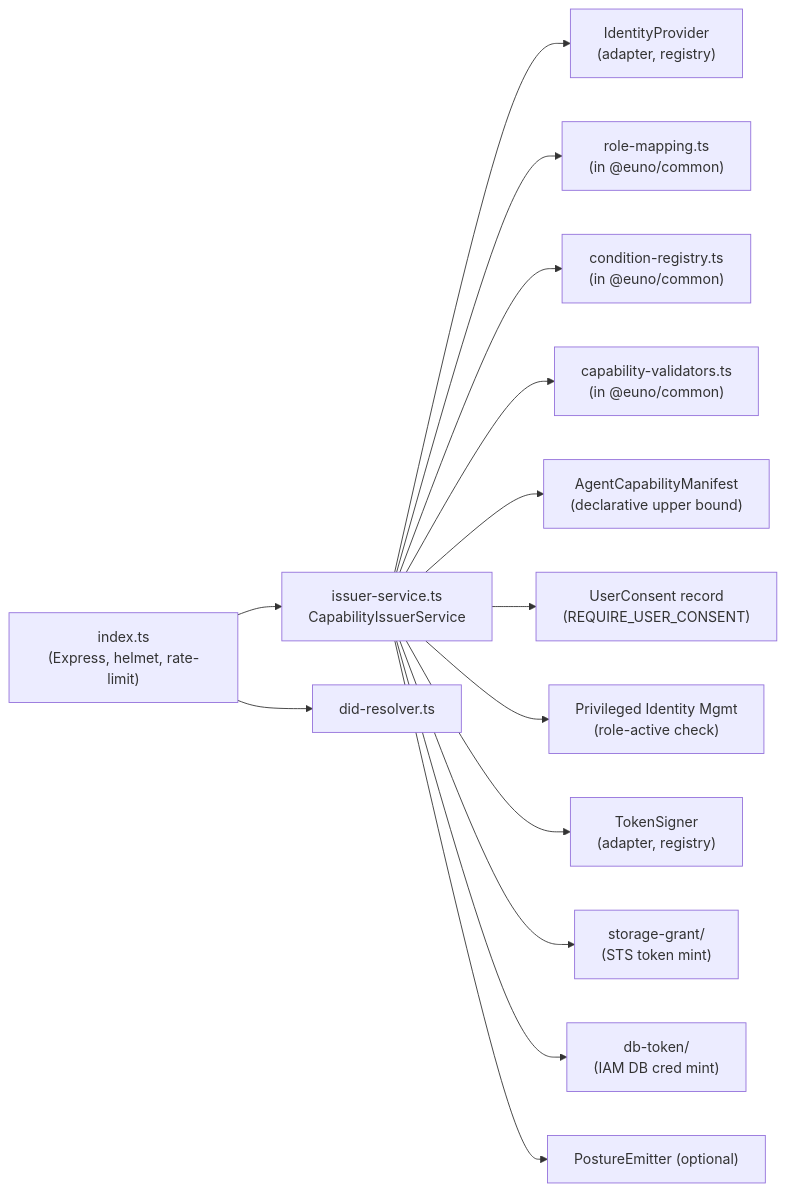
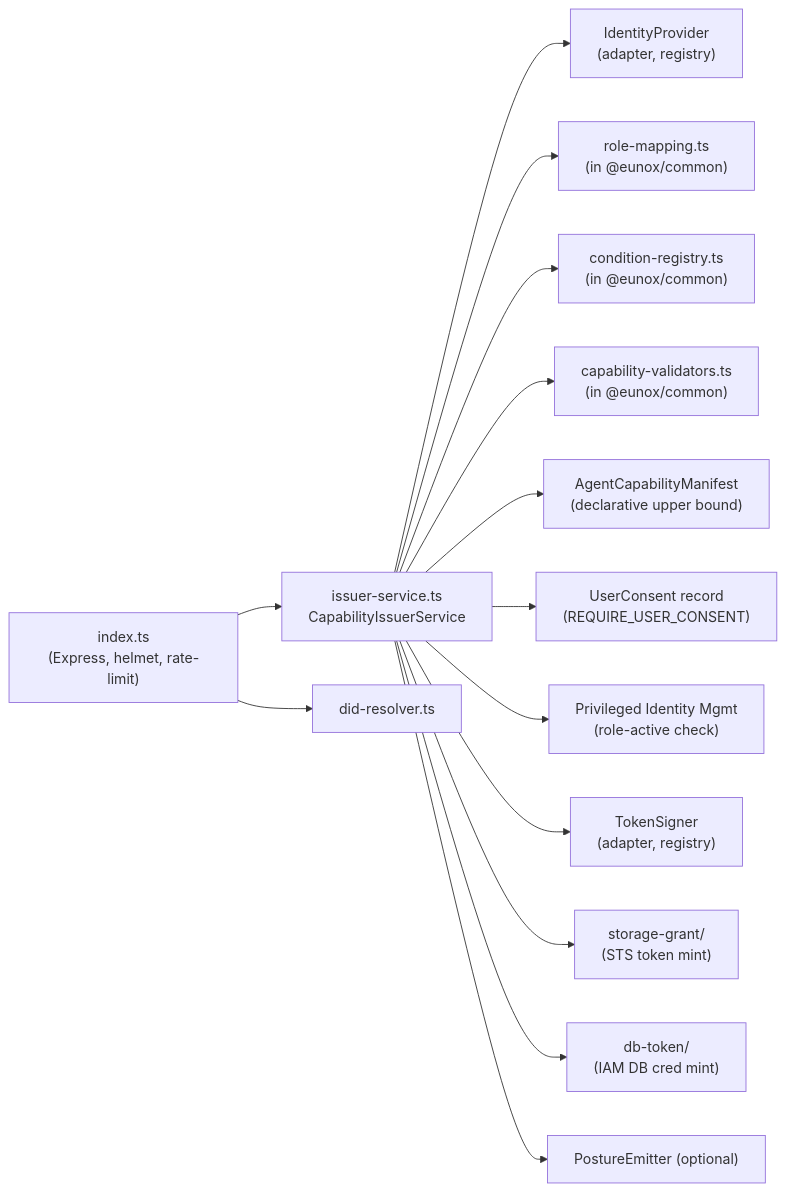
Before and after one commit to eunolabs/eunox: the third of 14 diagrams in docs/ARCHITECTURE.md, drawn with Mermaid. The commit also changed other lines of this file and 49 other files, not shown here.

Commit message:
rename euno to eunox in docs

````diff
--- a/docs/ARCHITECTURE.md
+++ b/docs/ARCHITECTURE.md
@@ -168,31 +168,31 @@
 ```mermaid
 flowchart LR
     HTTP["index.ts<br/>(Express, helmet, rate-limit)"]
     Service["issuer-service.ts<br/>CapabilityIssuerService"]
-    PolicyMap["role-mapping.ts<br/>(in @euno/common)"]
-    CondReg["condition-registry.ts<br/>(in @euno/common)"]
-    Validators["capability-validators.ts<br/>(in @euno/common)"]
+    PolicyMap["role-mapping.ts<br/>(in @eunox/common)"]
+    CondReg["condition-registry.ts<br/>(in @eunox/common)"]
+    Validators["capability-validators.ts<br/>(in @eunox/common)"]
     Manifests["AgentCapabilityManifest<br/>(declarative upper bound)"]
     Consent["UserConsent record<br/>(REQUIRE_USER_CONSENT)"]
     PIM["Privileged Identity Mgmt<br/>(role-active check)"]
     IDP["IdentityProvider<br/>(adapter, registry)"]
     SIGN["TokenSigner<br/>(adapter, registry)"]
     DID["did-resolver.ts"]
     SG["storage-grant/<br/>(STS token mint)"]
     DBT["db-token/<br/>(IAM DB cred mint)"]
     POST["PostureEmitter (optional)"]
 
     HTTP --> Service
     Service --> IDP
     Service --> PolicyMap
     Service --> CondReg
     Service --> Validators
     Service --> Manifests
     Service --> Consent
     Service --> PIM
     Service --> SIGN
     Service --> SG
     Service --> DBT
     Service --> POST
     HTTP --> DID
 ```
````
